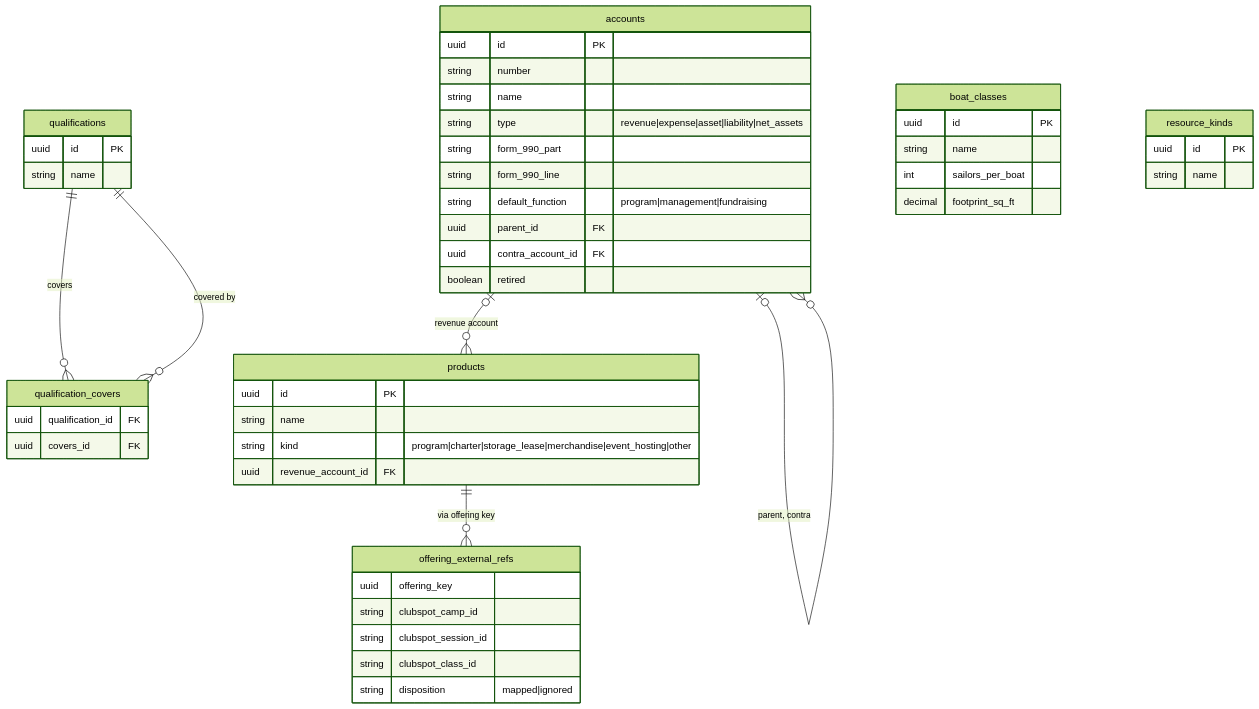
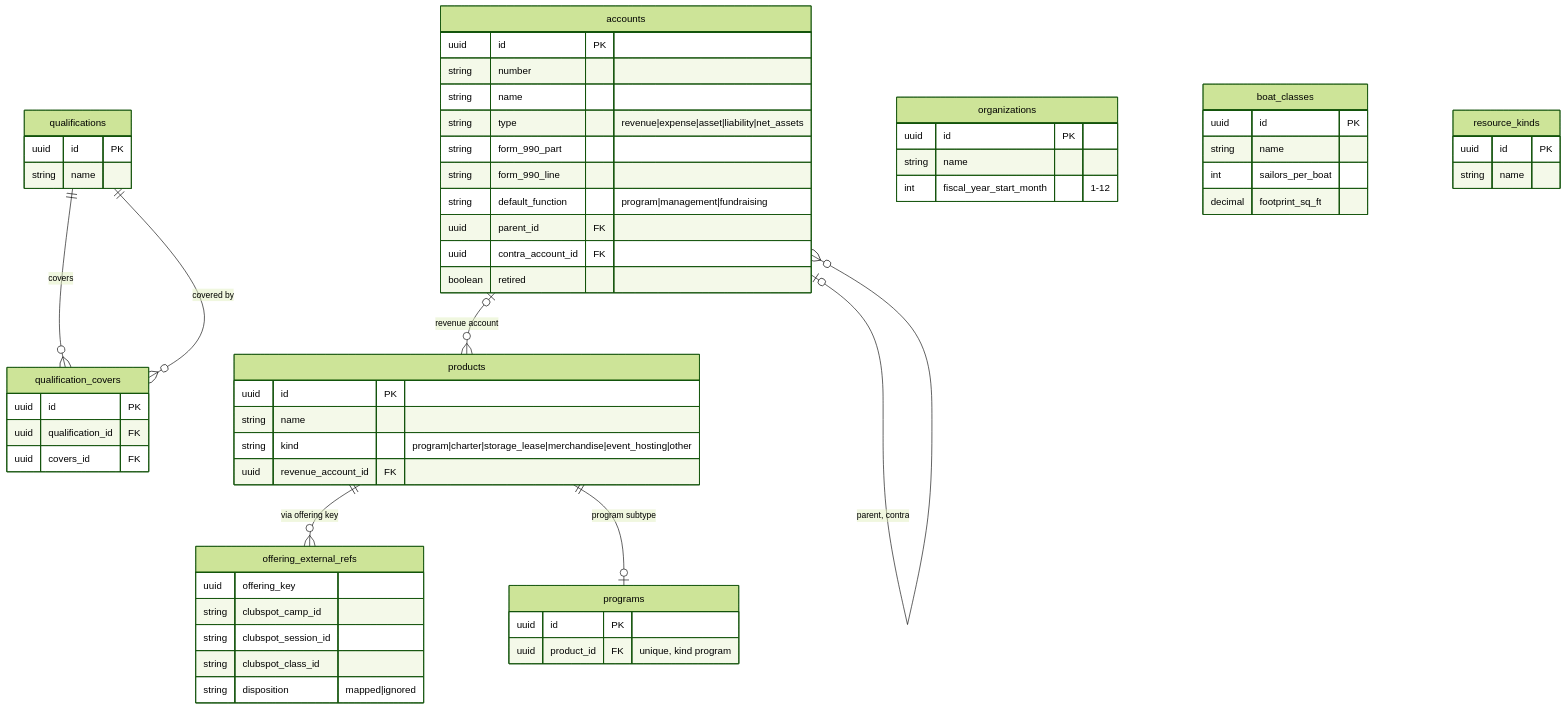
One commit to cyc-seattle/platform changed the first of 5 diagrams in docs/planning-schema.md. Above: the diagram before and after it, drawn with Mermaid (forest theme). The commit also changed other lines of this file and 16 other files, not shown here.

````diff
--- a/docs/planning-schema.md
+++ b/docs/planning-schema.md
@@ -35,52 +35,63 @@
 ```mermaid
 erDiagram
     products ||--o{ offering_external_refs : "via offering key"
     accounts |o--o{ products : "revenue account"
     qualifications ||--o{ qualification_covers : covers
     qualifications ||--o{ qualification_covers : "covered by"
     accounts |o--o{ accounts : "parent, contra"
+    products ||--o| programs : "program subtype"
 
     products {
         uuid id PK
         string name
         string kind "program|charter|storage_lease|merchandise|event_hosting|other"
         uuid revenue_account_id FK
     }
     accounts {
         uuid id PK
         string number
         string name
         string type "revenue|expense|asset|liability|net_assets"
         string form_990_part
         string form_990_line
         string default_function "program|management|fundraising"
         uuid parent_id FK
         uuid contra_account_id FK
         boolean retired
     }
     qualifications {
         uuid id PK
         string name
     }
+    programs {
+        uuid id PK
+        uuid product_id FK "unique, kind program"
+    }
+    organizations {
+        uuid id PK
+        string name
+        int fiscal_year_start_month "1-12"
+    }
     qualification_covers {
+        uuid id PK
         uuid qualification_id FK
         uuid covers_id FK
     }
     boat_classes {
         uuid id PK
         string name
         int sailors_per_boat
         decimal footprint_sq_ft
     }
     resource_kinds {
         uuid id PK
         string name
     }
     offering_external_refs {
         uuid offering_key
         string clubspot_camp_id
         string clubspot_session_id
         string clubspot_class_id
         string disposition "mapped|ignored"
     }
 ```
````
